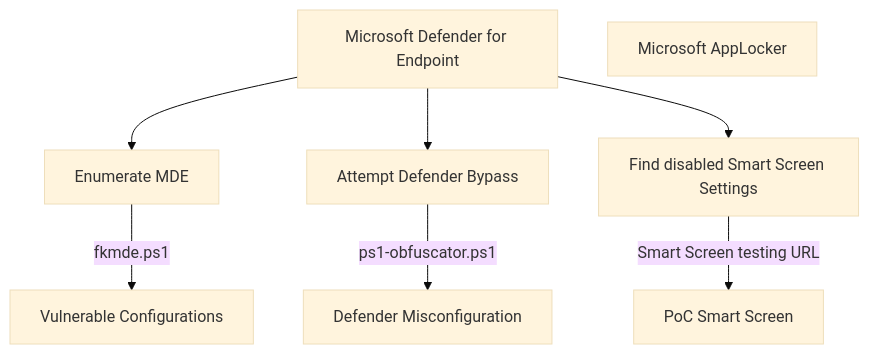
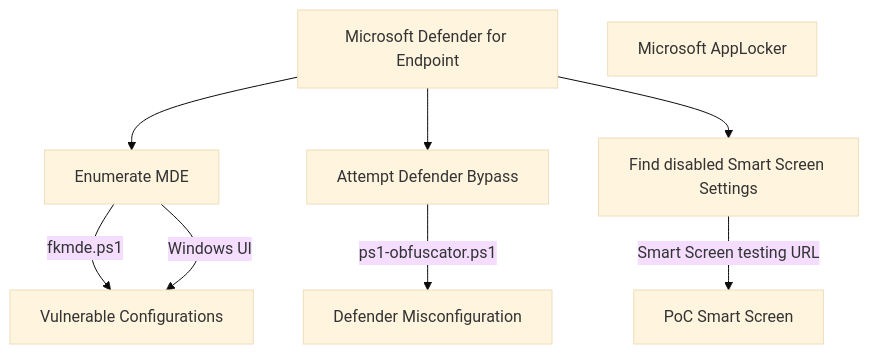
Before and after one commit to fkxdr/fkxdr-mindmaps: the diagram in README.md, drawn with Mermaid (base theme).

````diff
--- a/README.md
+++ b/README.md
@@ -7,14 +7,15 @@
 ```mermaid
 flowchart TD
     MDE[ Microsoft Defender for Endpoint ]
     MDE --> MDEENUM[ Enumerate MDE ]
     MDEENUM --> | fkmde.ps1 | MDEVULN[ Vulnerable Configurations ]
+    MDEENUM --> |  Windows UI | MDEVULN[ Vulnerable Configurations ]
     MDE --> MDEBYPASS[ Attempt Defender Bypass ]
     
     MDEBYPASS --> | ps1-obfuscator.ps1 | MDEBYPASS2[ Defender Misconfiguration]
 
     MDE --> MDESSCR[ Find disabled Smart Screen Settings ]
     MDESSCR --> | Smart Screen testing URL | MDESSCR2[ PoC Smart Screen ]
 
     APP[ Microsoft AppLocker ]
 ```
````
